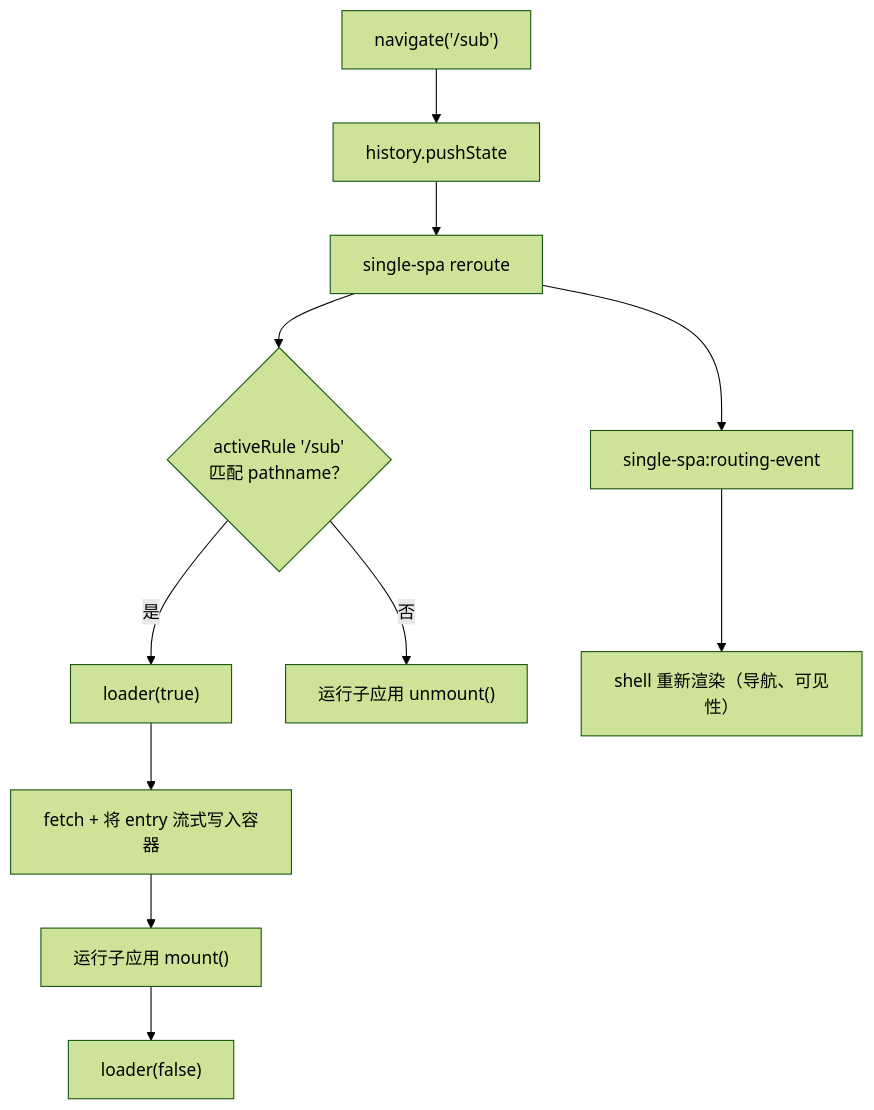
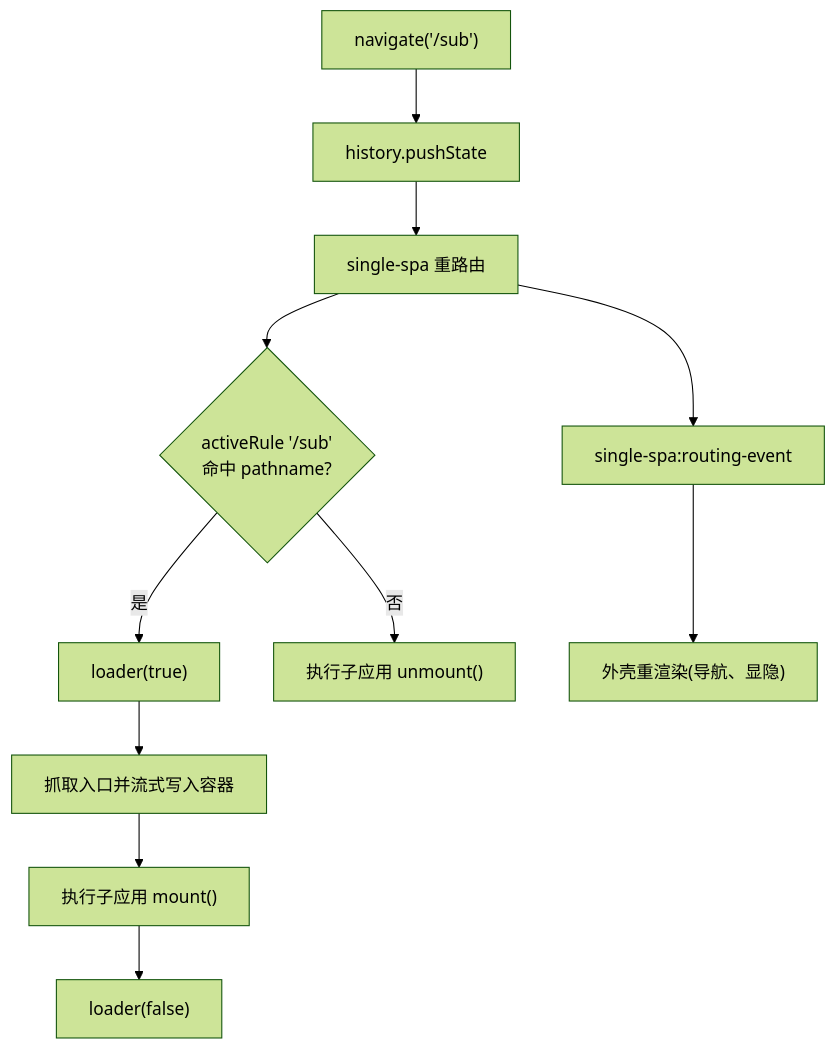
Before and after one commit to umijs/qiankun: the diagram in docs/zh-CN/tutorial/build-the-main-app.md, drawn with Mermaid (forest theme). The commit also changed other lines of this file and 63 other files, not shown here.

````diff
--- a/docs/zh-CN/tutorial/build-the-main-app.md
+++ b/docs/zh-CN/tutorial/build-the-main-app.md
@@ -221,13 +221,13 @@
 ```mermaid
 flowchart TD
   A["navigate('/sub')"] --> B["history.pushState"]
-  B --> C["single-spa reroute"]
-  C --> D{"activeRule '/sub'<br/>匹配 pathname？"}
+  B --> C["single-spa 重路由"]
+  C --> D{"activeRule '/sub'<br/>命中 pathname?"}
   D -->|是| E["loader(true)"]
-  E --> F["fetch + 将 entry 流式写入容器"]
-  F --> G["运行子应用 mount()"]
+  E --> F["抓取入口并流式写入容器"]
+  F --> G["执行子应用 mount()"]
   G --> H["loader(false)"]
-  D -->|否| I["运行子应用 unmount()"]
+  D -->|否| I["执行子应用 unmount()"]
   C --> J["single-spa:routing-event"]
-  J --> K["shell 重新渲染（导航、可见性）"]
+  J --> K["外壳重渲染(导航、显隐)"]
 ```
````
